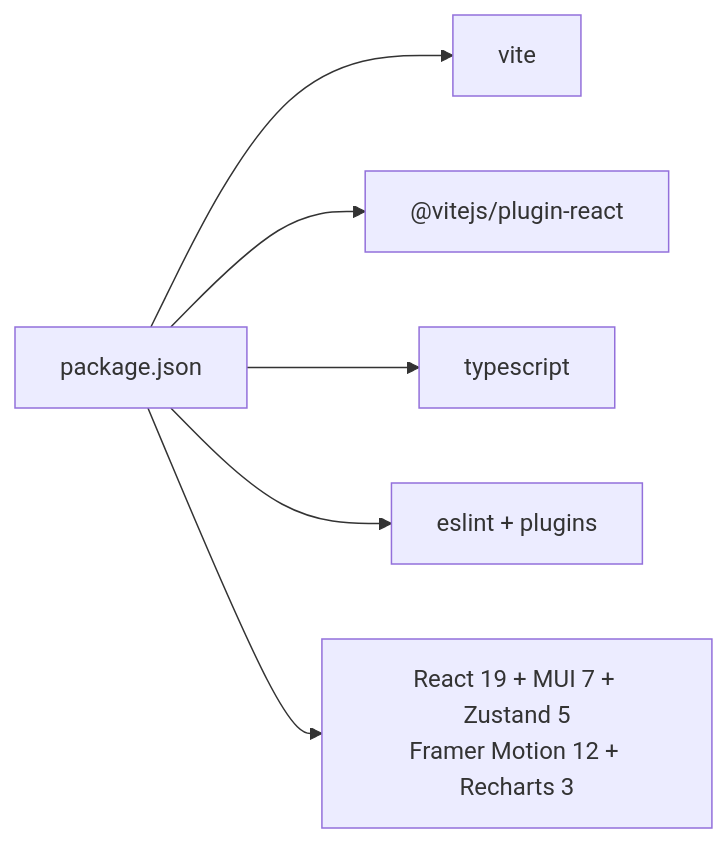
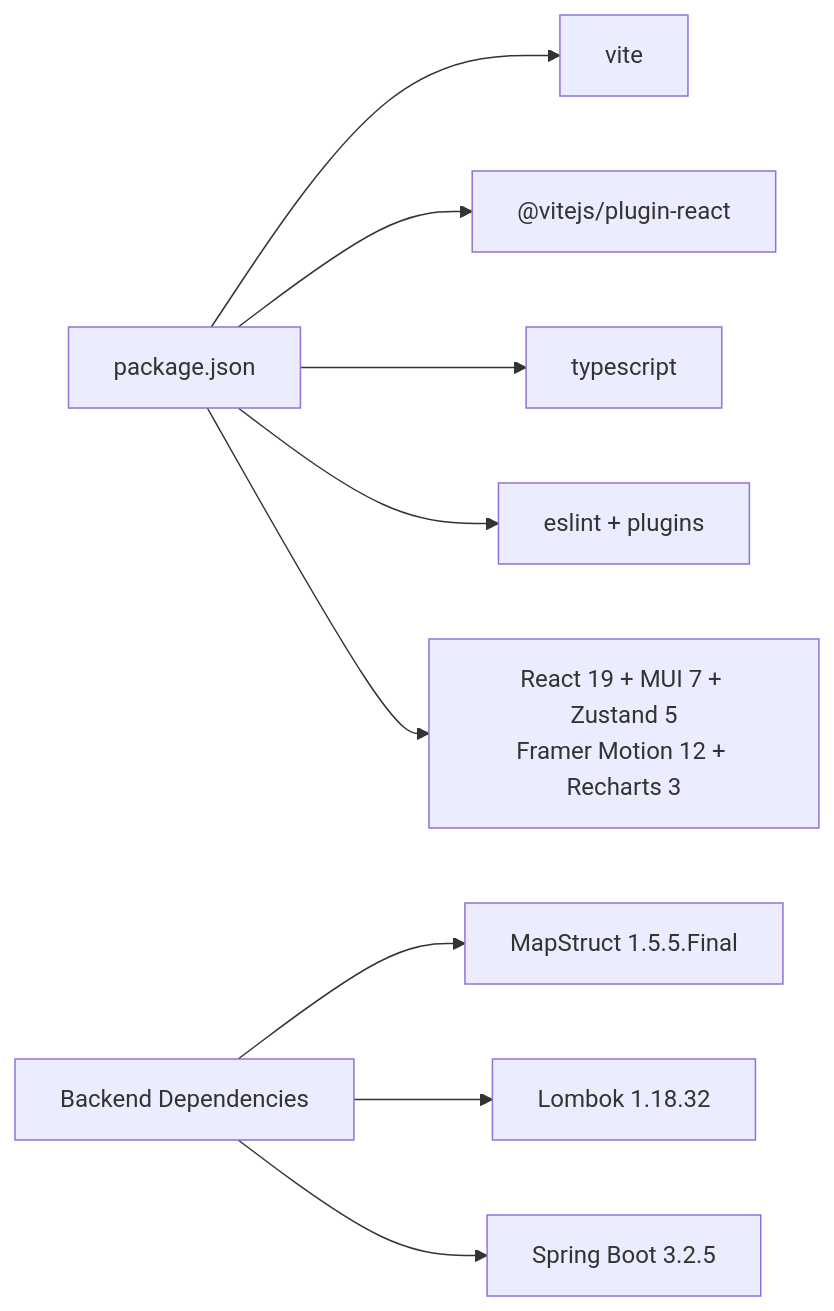
One commit to Vostrikov2014/vks-qoder changed the third of 3 diagrams in .qoder/repowiki/en/content/Frontend Application/Build and Deployment.md. Above: the diagram before and after it, drawn with Mermaid. The commit also changed other lines of this file and 15 other files, not shown here.

````diff
--- a/.qoder/repowiki/en/content/Frontend Application/Build and Deployment.md
+++ b/.qoder/repowiki/en/content/Frontend Application/Build and Deployment.md
@@ -265,14 +389,21 @@
 ```mermaid
 graph LR
 PKG["package.json"]
 VITE["vite"]
 RPLUG["@vitejs/plugin-react"]
 TS["typescript"]
 ESL["eslint + plugins"]
 RUNTIME["React 19 + MUI 7 + Zustand 5<br/>Framer Motion 12 + Recharts 3"]
+BPKG["Backend Dependencies"]
+MAPSTRUCT["MapStruct 1.5.5.Final"]
+LOMBOK["Lombok 1.18.32"]
+SPRING["Spring Boot 3.2.5"]
+BPKG --> MAPSTRUCT
+BPKG --> LOMBOK
+BPKG --> SPRING
 PKG --> VITE
 PKG --> RPLUG
 PKG --> TS
 PKG --> ESL
 PKG --> RUNTIME
 ```
````
